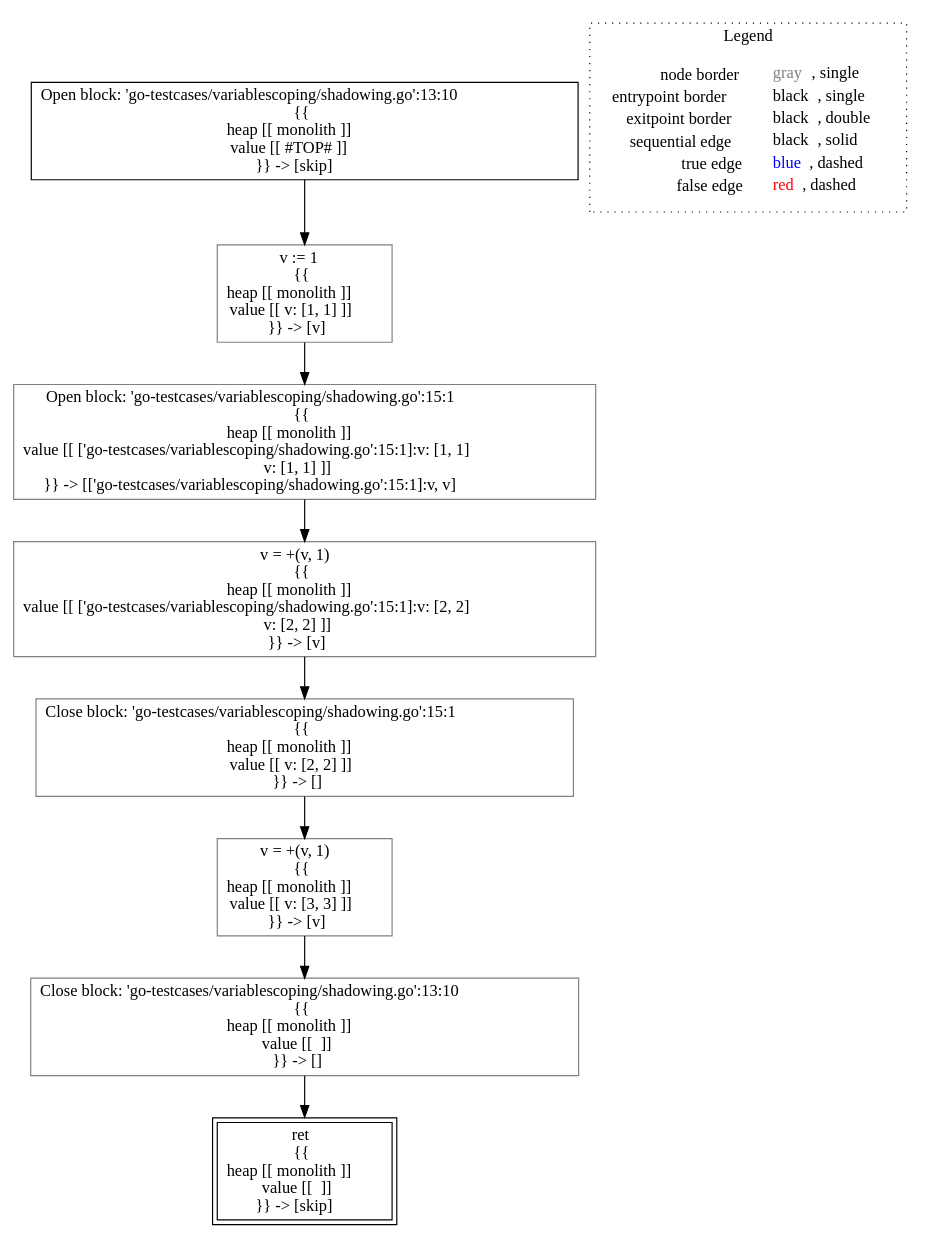
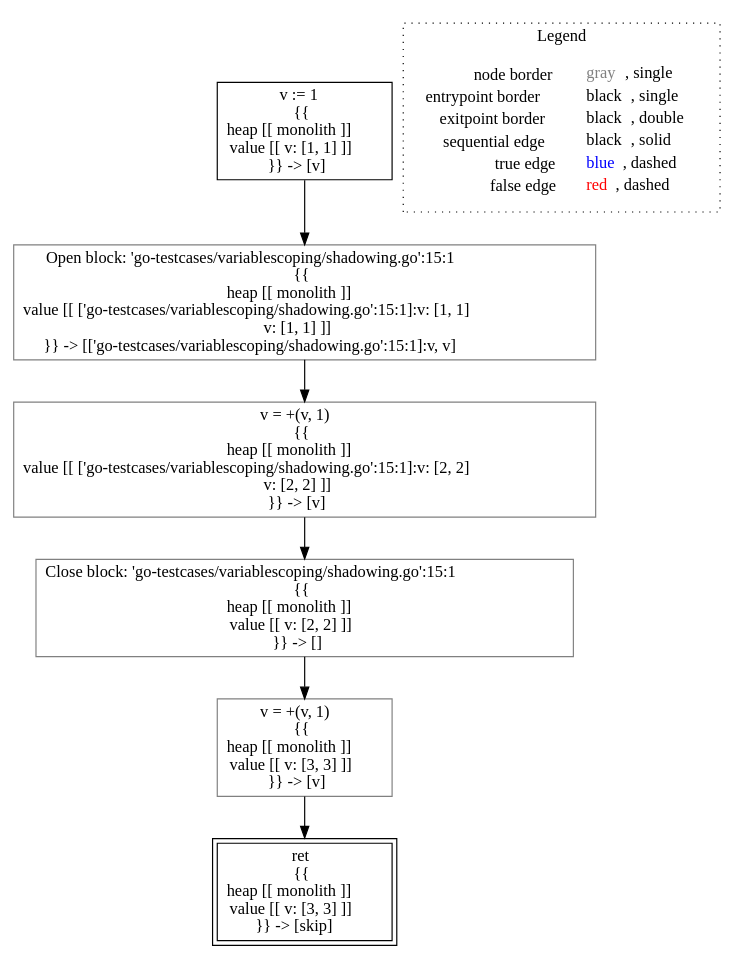
The diagram in go-lisa/go-testcases/variablescoping/analysis___untyped_~LiSAProgram.m2().dot (lisa-analyzer/go-lisa), drawn with Graphviz before and after one commit. The commit also changed 8 other files, not shown here.

Commit message:
fixing open and close blocks on functions and methods

```diff
--- a/go-lisa/go-testcases/variablescoping/analysis___untyped_~LiSAProgram.m2().dot
+++ b/go-lisa/go-testcases/variablescoping/analysis___untyped_~LiSAProgram.m2().dot
@@ -1,24 +1,20 @@
 digraph {
-	"node0" [shape="rect",color="black",label=<Open block: 'go-testcases/variablescoping/shadowing.go':13:10<BR/>{{<BR/>heap [[ monolith ]]<BR/>value [[ #TOP# ]]<BR/>}} -&gt; [skip]>];
-	"node1" [shape="rect",color="gray",label=<v = +(v, 1)<BR/>{{<BR/>heap [[ monolith ]]<BR/>value [[ v: [3, 3] ]]<BR/>}} -&gt; [v]>];
-	"node2" [shape="rect",color="black",peripheries="2",label=<ret<BR/>{{<BR/>heap [[ monolith ]]<BR/>value [[  ]]<BR/>}} -&gt; [skip]>];
-	"node3" [shape="rect",color="gray",label=<Open block: 'go-testcases/variablescoping/shadowing.go':15:1<BR/>{{<BR/>heap [[ monolith ]]<BR/>value [[ ['go-testcases/variablescoping/shadowing.go':15:1]:v: [1, 1]<BR/>v: [1, 1] ]]<BR/>}} -&gt; [['go-testcases/variablescoping/shadowing.go':15:1]:v, v]>];
-	"node4" [shape="rect",color="gray",label=<Close block: 'go-testcases/variablescoping/shadowing.go':15:1<BR/>{{<BR/>heap [[ monolith ]]<BR/>value [[ v: [2, 2] ]]<BR/>}} -&gt; []>];
-	"node5" [shape="rect",color="gray",label=<Close block: 'go-testcases/variablescoping/shadowing.go':13:10<BR/>{{<BR/>heap [[ monolith ]]<BR/>value [[  ]]<BR/>}} -&gt; []>];
-	"node6" [shape="rect",color="gray",label=<v = +(v, 1)<BR/>{{<BR/>heap [[ monolith ]]<BR/>value [[ ['go-testcases/variablescoping/shadowing.go':15:1]:v: [2, 2]<BR/>v: [2, 2] ]]<BR/>}} -&gt; [v]>];
-	"node7" [shape="rect",color="gray",label=<v := 1<BR/>{{<BR/>heap [[ monolith ]]<BR/>value [[ v: [1, 1] ]]<BR/>}} -&gt; [v]>];
+	"node0" [shape="rect",color="black",label=<v := 1<BR/>{{<BR/>heap [[ monolith ]]<BR/>value [[ v: [1, 1] ]]<BR/>}} -&gt; [v]>];
+	"node1" [shape="rect",color="gray",label=<v = +(v, 1)<BR/>{{<BR/>heap [[ monolith ]]<BR/>value [[ ['go-testcases/variablescoping/shadowing.go':15:1]:v: [2, 2]<BR/>v: [2, 2] ]]<BR/>}} -&gt; [v]>];
+	"node2" [shape="rect",color="gray",label=<v = +(v, 1)<BR/>{{<BR/>heap [[ monolith ]]<BR/>value [[ v: [3, 3] ]]<BR/>}} -&gt; [v]>];
+	"node3" [shape="rect",color="black",peripheries="2",label=<ret<BR/>{{<BR/>heap [[ monolith ]]<BR/>value [[ v: [3, 3] ]]<BR/>}} -&gt; [skip]>];
+	"node4" [shape="rect",color="gray",label=<Open block: 'go-testcases/variablescoping/shadowing.go':15:1<BR/>{{<BR/>heap [[ monolith ]]<BR/>value [[ ['go-testcases/variablescoping/shadowing.go':15:1]:v: [1, 1]<BR/>v: [1, 1] ]]<BR/>}} -&gt; [['go-testcases/variablescoping/shadowing.go':15:1]:v, v]>];
+	"node5" [shape="rect",color="gray",label=<Close block: 'go-testcases/variablescoping/shadowing.go':15:1<BR/>{{<BR/>heap [[ monolith ]]<BR/>value [[ v: [2, 2] ]]<BR/>}} -&gt; []>];
+	"node0" -> "node4" [color="black"];
 	"node1" -> "node5" [color="black"];
-	"node3" -> "node6" [color="black"];
+	"node2" -> "node3" [color="black"];
 	"node4" -> "node1" [color="black"];
-	"node0" -> "node7" [color="black"];
 	"node5" -> "node2" [color="black"];
-	"node6" -> "node4" [color="black"];
-	"node7" -> "node3" [color="black"];
 subgraph cluster_legend {
 	label="Legend";
 	style=dotted;
 	node [shape=plaintext];
 	"legend" [label=<<table border="0" cellpadding="2" cellspacing="0" cellborder="0"><tr><td align="right">node border&nbsp;</td><td align="left"><font color="gray">gray</font>, single</td></tr><tr><td align="right">entrypoint border&nbsp;</td><td align="left"><font color="black">black</font>, single</td></tr><tr><td align="right">exitpoint border&nbsp;</td><td align="left"><font color="black">black</font>, double</td></tr><tr><td align="right">sequential edge&nbsp;</td><td align="left"><font color="black">black</font>, solid</td></tr><tr><td align="right">true edge&nbsp;</td><td align="left"><font color="blue">blue</font>, dashed</td></tr><tr><td align="right">false edge&nbsp;</td><td align="left"><font color="red">red</font>, dashed</td></tr></table>>];
 }
 
 }
```
